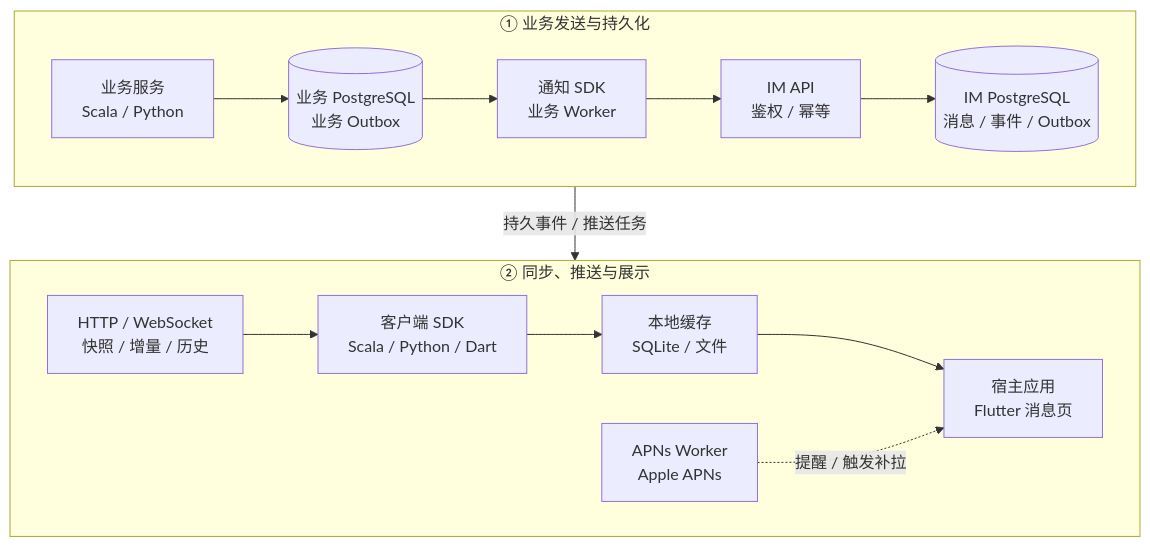
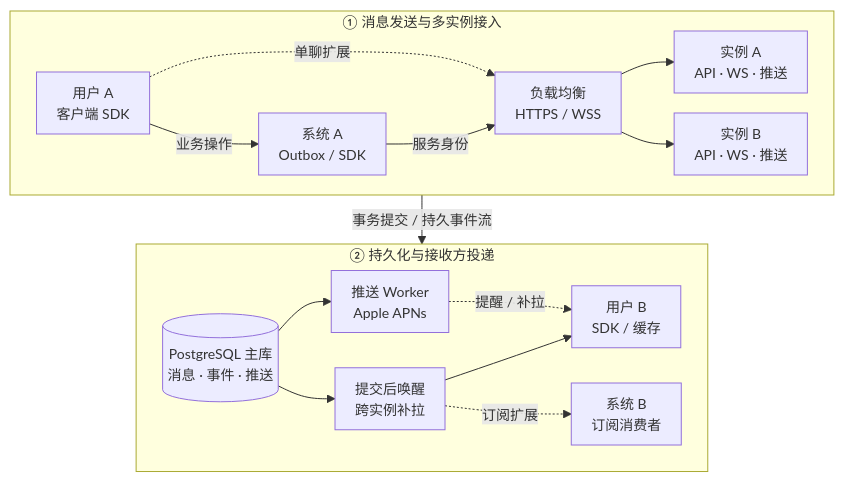
The diagram in README.md (bitlap/polyglot-im), drawn with Mermaid before and after one commit. The commit also changed other lines of this file and 4 other files, not shown here.

Commit message:
docs: 补充多实例与用户及系统消息架构流程图

````diff
--- a/README.md
+++ b/README.md
@@ -9,20 +9,23 @@
 ```mermaid
+%%{init: {"flowchart": {"nodeSpacing": 20, "rankSpacing": 28, "padding": 10}, "themeVariables": {"fontSize": "14px"}}}%%
 flowchart TB
-  subgraph Write["① 业务发送与持久化"]
+  subgraph Ingress["① 消息发送与多实例接入"]
     direction LR
-    Business["业务服务<br/>Scala / Python"] --> BusinessDB[("业务 PostgreSQL<br/>业务 Outbox")]
-    BusinessDB --> Producer["通知 SDK<br/>业务 Worker"]
-    Producer --> API["IM API<br/>鉴权 / 幂等"]
-    API --> IMDB[("IM PostgreSQL<br/>消息 / 事件 / Outbox")]
+    UA["用户 A<br/>客户端 SDK"] -.->|"单聊扩展"| Gateway["负载均衡<br/>HTTPS / WSS"]
+    SA["系统 A<br/>Outbox / SDK"] -->|"服务身份"| Gateway
+    UA -->|"业务操作"| SA
+    Gateway --> A["实例 A<br/>API · WS · 推送"]
+    Gateway --> B["实例 B<br/>API · WS · 推送"]
   end
 
-  subgraph Deliver["② 同步、推送与展示"]
+  subgraph Delivery["② 持久化与接收方投递"]
     direction LR
-    Sync["HTTP / WebSocket<br/>快照 / 增量 / 历史"] --> SDK["客户端 SDK<br/>Scala / Python / Dart"]
-    SDK --> Cache["本地缓存<br/>SQLite / 文件"]
-    Cache --> App["宿主应用<br/>Flutter 消息页"]
-    Push["APNs Worker<br/>Apple APNs"] -.->|"提醒 / 触发补拉"| App
+    DB[("PostgreSQL 主库<br/>消息 · 事件 · 推送")] --> Route["提交后唤醒<br/>跨实例补拉"]
+    Route --> UB["用户 B<br/>SDK / 缓存"]
+    Route -.->|"订阅扩展"| SB["系统 B<br/>订阅消费者"]
+    DB --> Push["推送 Worker<br/>Apple APNs"]
+    Push -.->|"提醒 / 补拉"| UB
   end
 
-  Write -->|"持久事件 / 推送任务"| Deliver
+  Ingress -->|"事务提交 / 持久事件流"| Delivery
 ```
````
